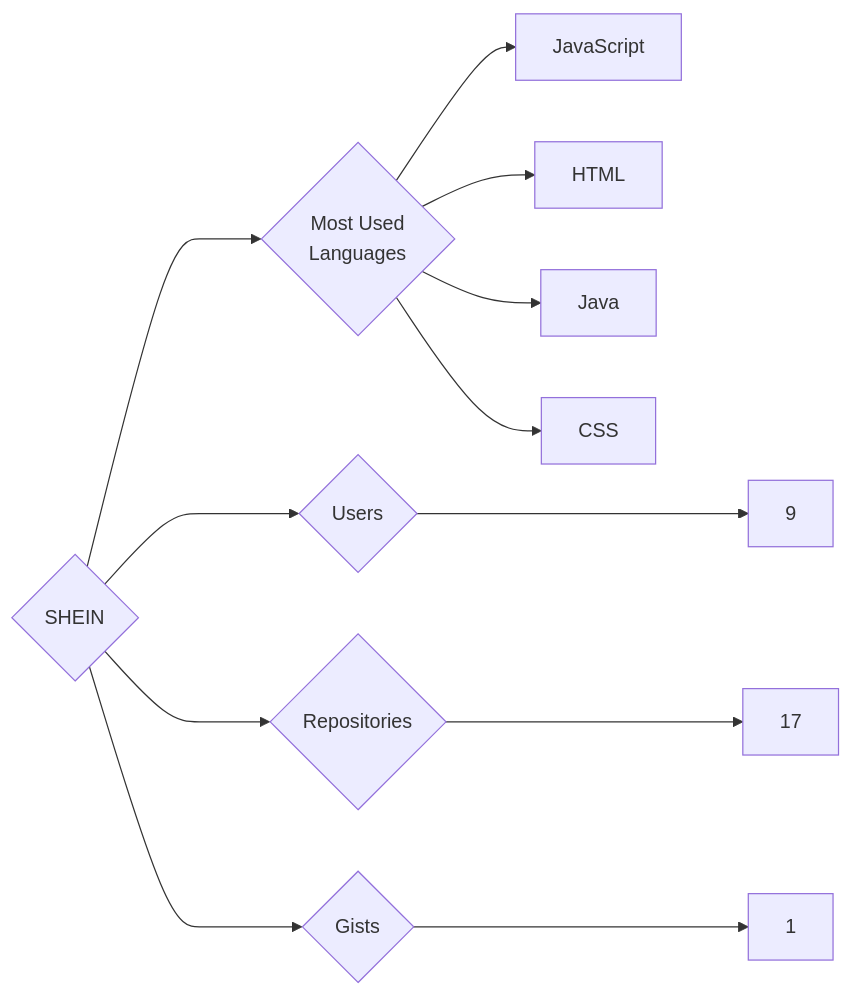
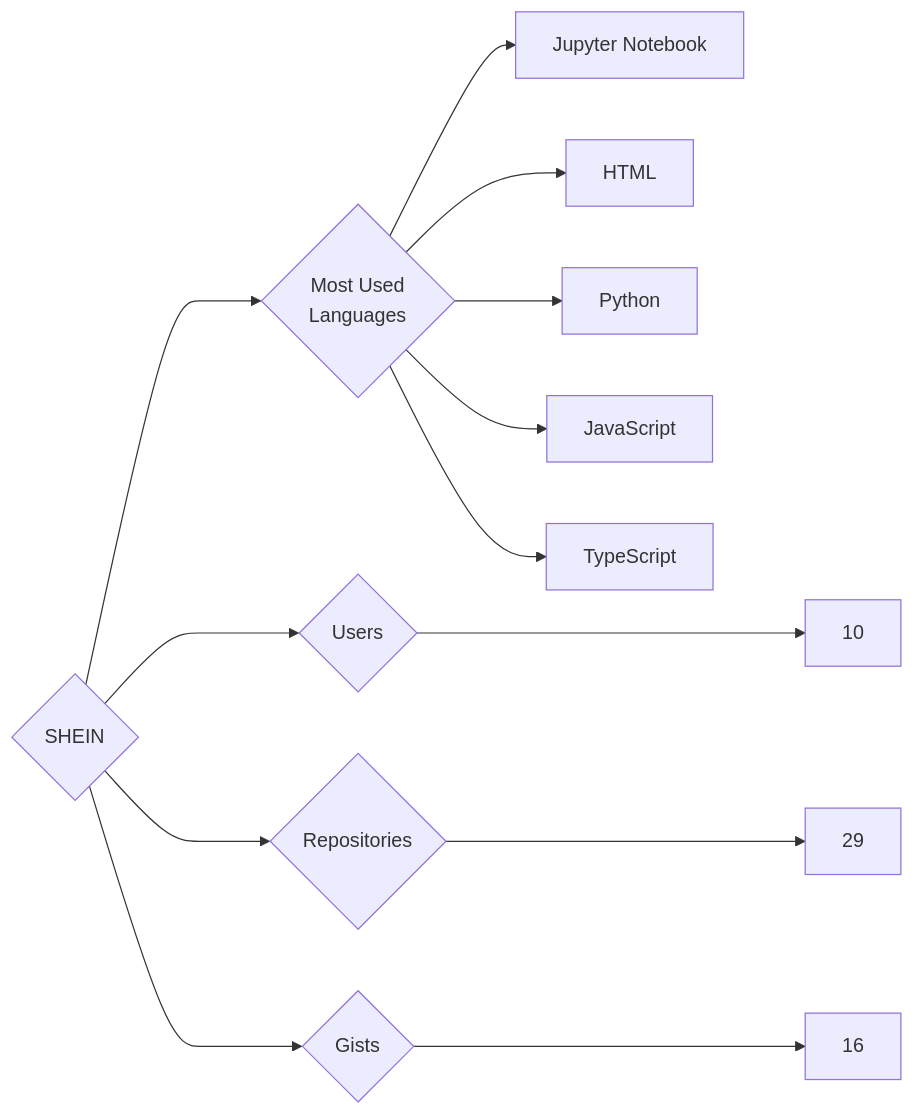
Before and after one commit to trickest/insiders: the diagram in targets/SHEIN/README.md, drawn with Mermaid. The commit also changed 839 other files, not shown here.

````diff
--- a/targets/SHEIN/README.md
+++ b/targets/SHEIN/README.md
@@ -3,12 +3,13 @@
 ```mermaid
 graph LR
 COMPANY_NAME{SHEIN}
-COMPANY_NAME ---> U{Users} ---> UN[9]
-COMPANY_NAME ---> R{Repositories} ---> RN[17]
-COMPANY_NAME ---> G{Gists} ---> GN[1]
+COMPANY_NAME ---> U{Users} ---> UN[10]
+COMPANY_NAME ---> R{Repositories} ---> RN[29]
+COMPANY_NAME ---> G{Gists} ---> GN[16]
 COMPANY_NAME ---> ML{Most Used<br>Languages}
+ML --> Jupyter_Notebook[Jupyter Notebook]
+ML --> HTML[HTML]
+ML --> Python[Python]
 ML --> JavaScript[JavaScript]
-ML --> HTML[HTML]
-ML --> Java[Java]
-ML --> CSS[CSS]
+ML --> TypeScript[TypeScript]
 ```
````
